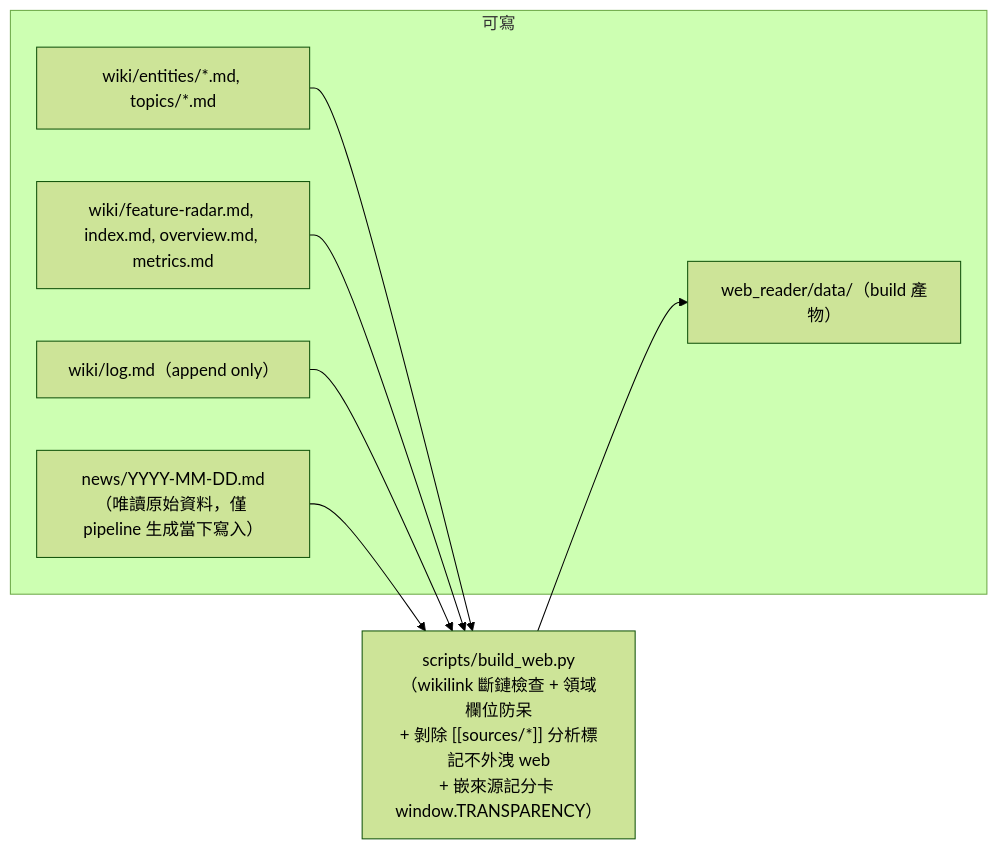
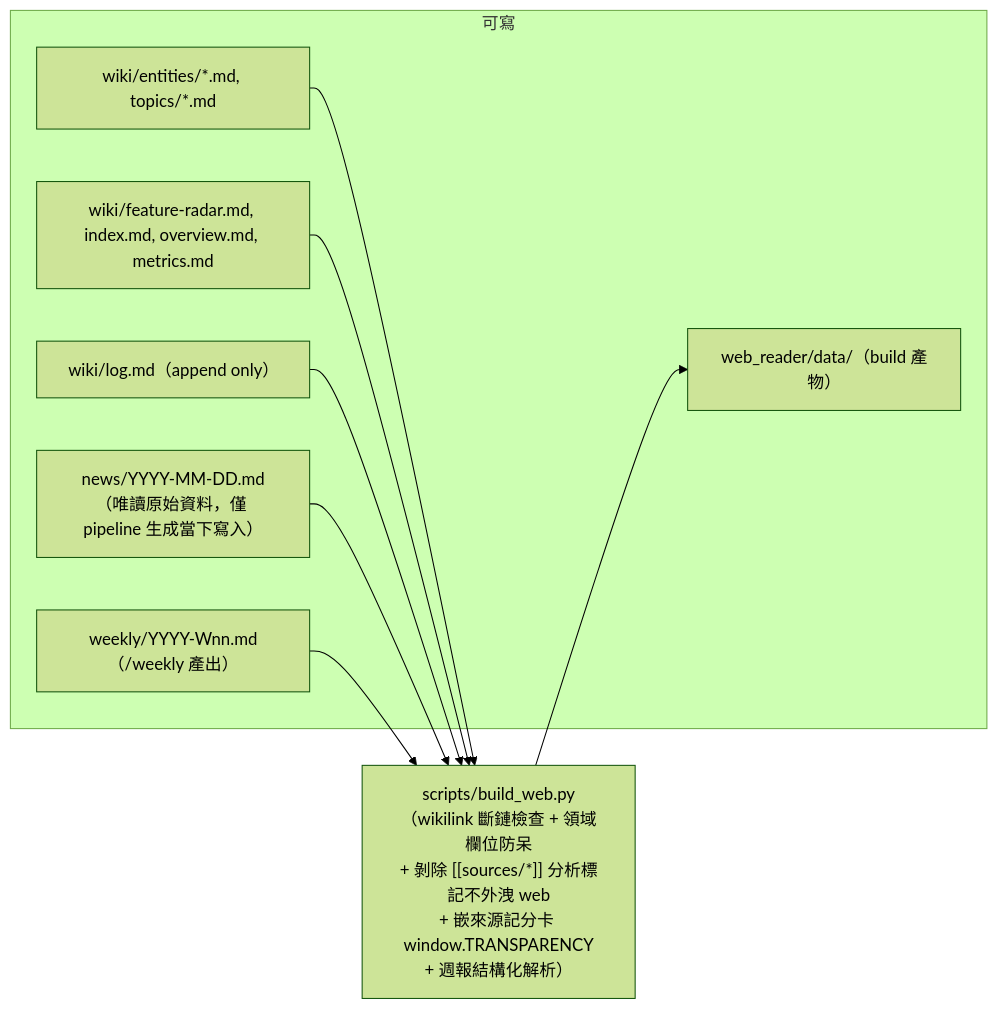
Before and after one commit to mandy82477/ObsidianLab: the eighth of 8 diagrams in CLAUDE_NEWS/src/DesignDocument/Design Diagram.md, drawn with Mermaid (forest theme). The commit also changed other lines of this file and 3 other files, not shown here.

````diff
--- a/CLAUDE_NEWS/src/DesignDocument/Design Diagram.md
+++ b/CLAUDE_NEWS/src/DesignDocument/Design Diagram.md
@@ -191,13 +212,15 @@
 ```mermaid
 flowchart LR
     subgraph WRITE["可寫"]
         A["news/YYYY-MM-DD.md\n（唯讀原始資料，僅 pipeline 生成當下寫入）"]
         B["wiki/entities/*.md, topics/*.md"]
         C["wiki/feature-radar.md, index.md, overview.md, metrics.md"]
         D["wiki/log.md（append only）"]
         E["web_reader/data/（build 產物）"]
+        W["weekly/YYYY-Wnn.md（/weekly 產出）"]
     end
-    B & C & D --> BUILD["scripts/build_web.py\n（wikilink 斷鏈檢查 + 領域欄位防呆\n+ 剝除 [[sources/*]] 分析標記不外洩 web\n+ 嵌來源記分卡 window.TRANSPARENCY）"]
+    B & C & D --> BUILD["scripts/build_web.py\n（wikilink 斷鏈檢查 + 領域欄位防呆\n+ 剝除 [[sources/*]] 分析標記不外洩 web\n+ 嵌來源記分卡 window.TRANSPARENCY\n+ 週報結構化解析）"]
     A --> BUILD
+    W --> BUILD
     BUILD --> E
 ```
````
